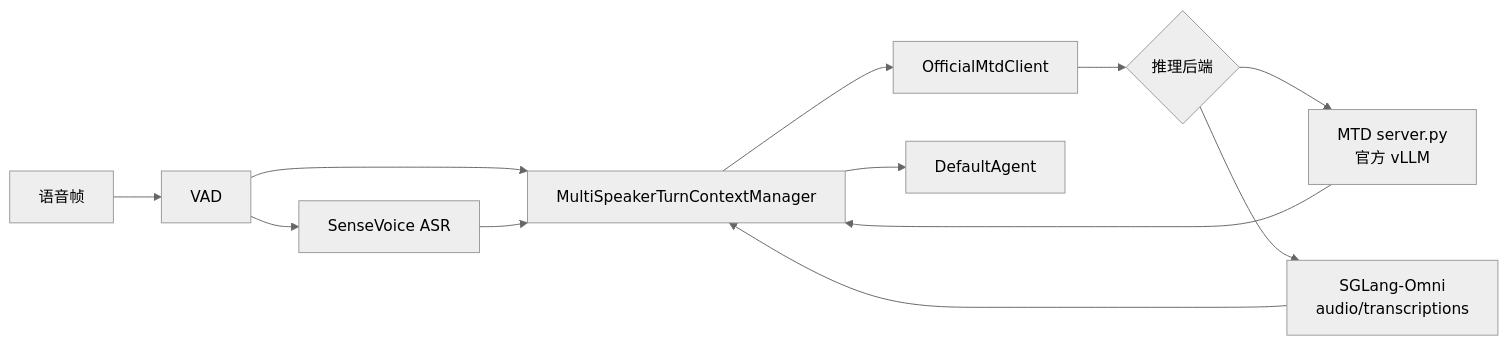
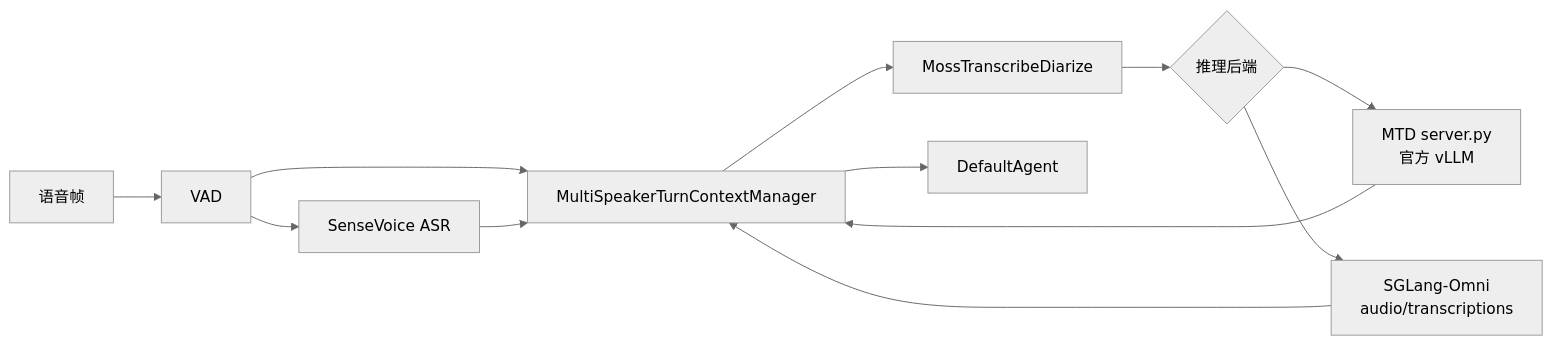
Before and after one commit to xcc-zach/xtalk: the diagram in docs/docs/mtd_multi_speaker_quickstart.zh.md, drawn with Mermaid (neutral theme). The commit also changed other lines of this file and 1 other file, not shown here.

First line of the commit message:
docs: update MTD model naming

````diff
--- a/docs/docs/mtd_multi_speaker_quickstart.zh.md
+++ b/docs/docs/mtd_multi_speaker_quickstart.zh.md
@@ -5,14 +5,14 @@
 ```mermaid
 flowchart LR
     Audio[语音帧] --> VAD[VAD]
     VAD --> ASR[SenseVoice ASR]
     VAD --> Multi[MultiSpeakerTurnContextManager]
-    Multi --> Model[OfficialMtdClient]
+    Multi --> Model[MossTranscribeDiarize]
     Model --> Backend{推理后端}
     Backend --> VLLM[MTD server.py<br/>官方 vLLM]
     Backend --> SGLang[SGLang-Omni<br/>audio/transcriptions]
     ASR --> Multi
     VLLM --> Multi
     SGLang --> Multi
     Multi --> Agent[DefaultAgent]
 ```
````
